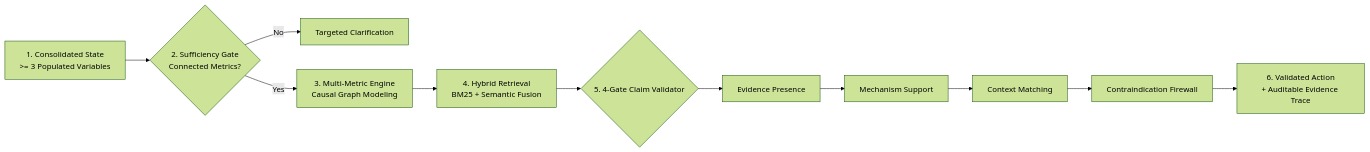
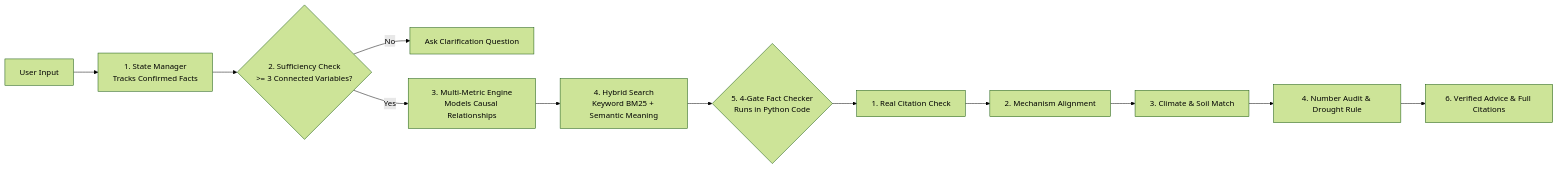
Before and after one commit to Sahildk/Darukaa-BioIntel: the diagram in README.md, drawn with Mermaid (forest theme). The commit also changed other lines of this file, not shown here.

Commit message:
docs: rewrite README with recruiter-friendly explanations, real-world examples, and clean tech stack breakdown

````diff
--- a/README.md
+++ b/README.md
@@ -30,13 +56,14 @@
 ```mermaid
 flowchart LR
-    State[1. Consolidated State\n>= 3 Populated Variables] --> Check{2. Sufficiency Gate\nConnected Metrics?}
-    Check -->|No| Clarify[Targeted Clarification]
-    Check -->|Yes| Reasoner[3. Multi-Metric Engine\nCausal Graph Modeling]
-    Reasoner --> Retrieval[4. Hybrid Retrieval\nBM25 + Semantic Fusion]
-    Retrieval --> Validator{5. 4-Gate Claim Validator}
-    Validator --> Gate1[Evidence Presence]
-    Gate1 --> Gate2[Mechanism Support]
-    Gate2 --> Gate3[Context Matching]
-    Gate3 --> Gate4[Contraindication Firewall]
-    Gate4 --> Output[6. Validated Action\n+ Auditable Evidence Trace]
+    User[User Input] --> State[1. State Manager\nTracks Confirmed Facts]
+    State --> Check{2. Sufficiency Check\n>= 3 Connected Variables?}
+    Check -->|No| Clarify[Ask Clarification Question]
+    Check -->|Yes| Reasoner[3. Multi-Metric Engine\nModels Causal Relationships]
+    Reasoner --> Search[4. Hybrid Search\nKeyword BM25 + Semantic Meaning]
+    Search --> Validator{5. 4-Gate Fact Checker\nRuns in Python Code}
+    Validator --> Gate1[1. Real Citation Check]
+    Gate1 --> Gate2[2. Mechanism Alignment]
+    Gate2 --> Gate3[3. Climate & Soil Match]
+    Gate3 --> Gate4[4. Number Audit & Drought Rule]
+    Gate4 --> UI[6. Verified Advice & Full Citations]
 ```
````
